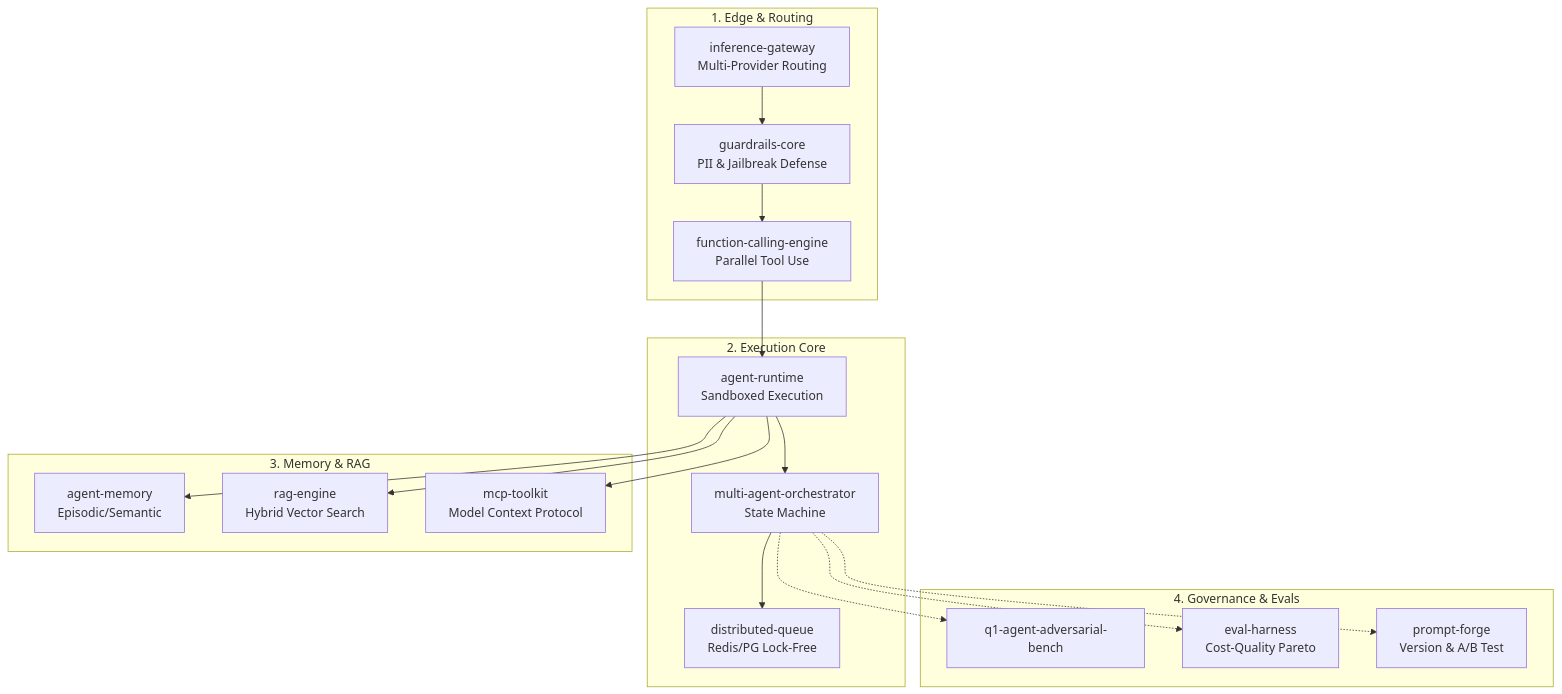
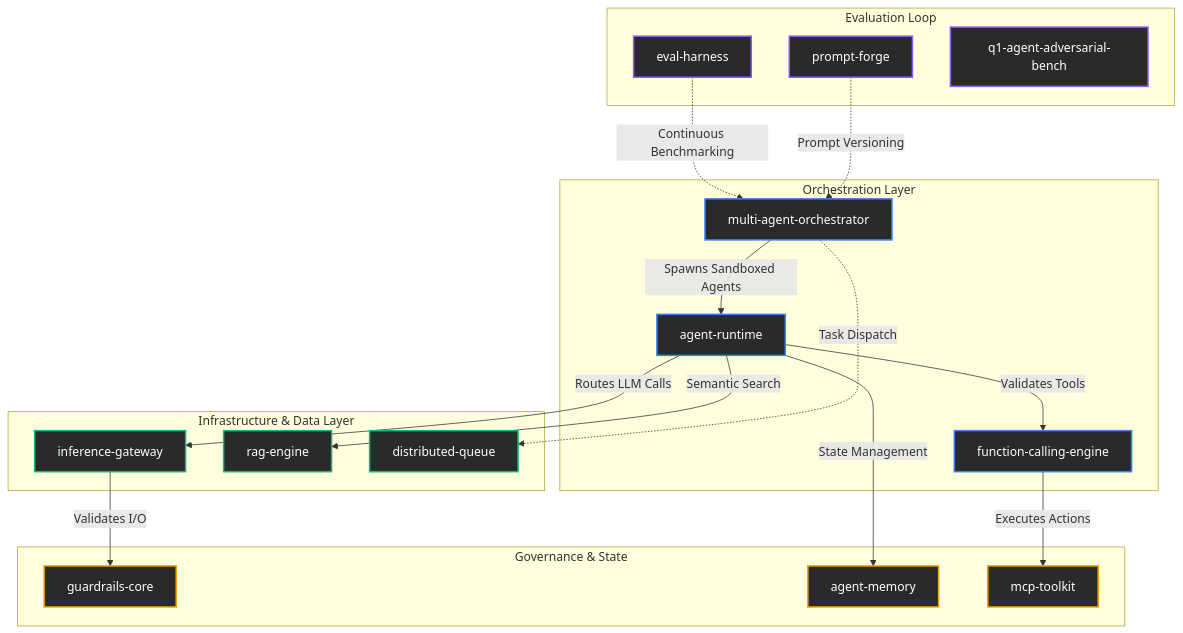
One commit to kreftamarcio/kreftamarcio changed the diagram in README.md. Above: the diagram before and after it, drawn with Mermaid. The commit also changed other lines of this file, not shown here.

Commit message:
docs: Update architecture and portfolio to Q1 AI Infrastructure Stack

````diff
--- a/README.md
+++ b/README.md
@@ -20,25 +13,56 @@
 ```mermaid
 graph TD
-    subgraph "1. Edge & Routing"
-        IG[inference-gateway<br/>Multi-Provider Routing] --> GC[guardrails-core<br/>PII & Jailbreak Defense]
-        GC --> FCE[function-calling-engine<br/>Parallel Tool Use]
+    %% Core Orchestration
+    subgraph Orchestration Layer
+        MAO[multi-agent-orchestrator]
+        AR[agent-runtime]
+        FCE[function-calling-engine]
     end
 
-    subgraph "2. Execution Core"
-        FCE --> AR[agent-runtime<br/>Sandboxed Execution]
-        AR --> MAO[multi-agent-orchestrator<br/>State Machine]
-        MAO --> DQ[distributed-queue<br/>Redis/PG Lock-Free]
+    %% Infrastructure & RAG
+    subgraph Infrastructure & Data Layer
+        IG[inference-gateway]
+        RAG[rag-engine]
+        DQ[distributed-queue]
     end
 
-    subgraph "3. Memory & RAG"
-        AR --> AM[agent-memory<br/>Episodic/Semantic]
-        AR --> RE[rag-engine<br/>Hybrid Vector Search]
-        AR --> MCP[mcp-toolkit<br/>Model Context Protocol]
+    %% Safety & State
+    subgraph Governance & State
+        GC[guardrails-core]
+        AM[agent-memory]
+        MCP[mcp-toolkit]
     end
 
-    subgraph "4. Governance & Evals"
-        MAO -.-> QAAB[q1-agent-adversarial-bench]
-        MAO -.-> EH[eval-harness<br/>Cost-Quality Pareto]
-        MAO -.-> PF[prompt-forge<br/>Version & A/B Test]
+    %% Evaluation
+    subgraph Evaluation Loop
+        EH[eval-harness]
+        PF[prompt-forge]
+        AB[q1-agent-adversarial-bench]
     end
+
+    %% Data Flow
+    MAO -->|Spawns Sandboxed Agents| AR
+    AR -->|Validates Tools| FCE
+    FCE -->|Executes Actions| MCP
+    
+    AR -->|Routes LLM Calls| IG
+    IG -->|Validates I/O| GC
+    
+    AR -->|Semantic Search| RAG
+    AR -->|State Management| AM
+    
+    MAO -.->|Task Dispatch| DQ
+    
+    EH -.->|Continuous Benchmarking| MAO
+    PF -.->|Prompt Versioning| MAO
+    
+    classDef core fill:#2a2a2a,stroke:#3b82f6,stroke-width:2px,color:#fff;
+    classDef infra fill:#2a2a2a,stroke:#10b981,stroke-width:2px,color:#fff;
+    classDef safety fill:#2a2a2a,stroke:#f59e0b,stroke-width:2px,color:#fff;
+    classDef eval fill:#2a2a2a,stroke:#8b5cf6,stroke-width:2px,color:#fff;
+    
+    class MAO,AR,FCE core;
+    class IG,RAG,DQ infra;
+    class GC,AM,MCP safety;
+    class EH,PF,AB eval;
 ```
````
